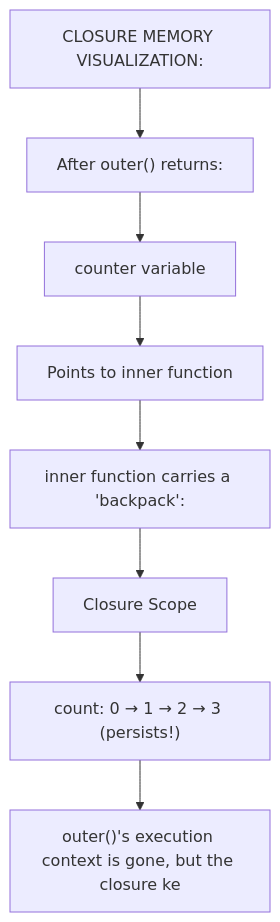
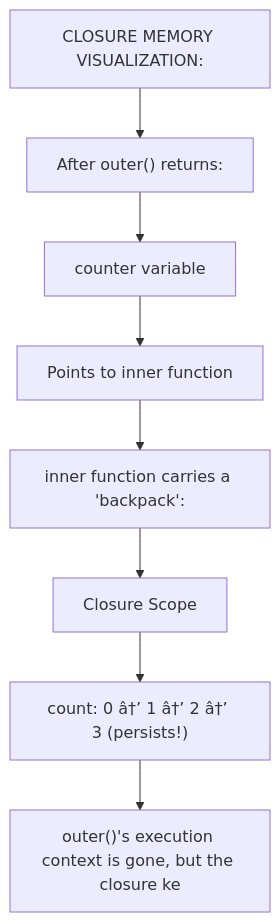
Before and after one commit to SaiHarsha502vvit/Daily-Prep: the fifth of 6 diagrams in 16_JavaScript/02_JS_Functions_Closures.md, drawn with Mermaid. The commit also changed other lines of this file and 256 other files, not shown here.

````diff
--- a/16_JavaScript/02_JS_Functions_Closures.md
+++ b/16_JavaScript/02_JS_Functions_Closures.md
@@ -370,18 +370,18 @@
 ```mermaid
 flowchart TD
     N1["CLOSURE MEMORY VISUALIZATION:"]
     N2["After outer() returns:"]
     N3["counter variable"]
     N4["Points to inner function"]
     N5["inner function carries a 'backpack':"]
     N6["Closure Scope"]
-    N7["count: 0 → 1 → 2 → 3 (persists!)"]
+    N7["count: 0 â†’ 1 â†’ 2 â†’ 3 (persists!)"]
     N8["outer()'s execution context is gone, but the closure ke"]
     N1 --> N2
     N2 --> N3
     N3 --> N4
     N4 --> N5
     N5 --> N6
     N6 --> N7
     N7 --> N8
 ```
````
